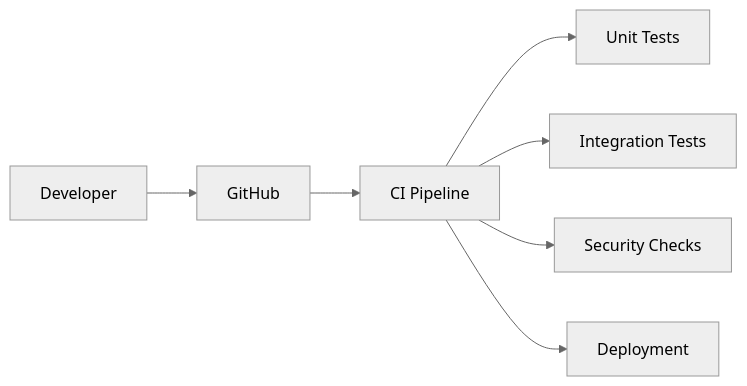
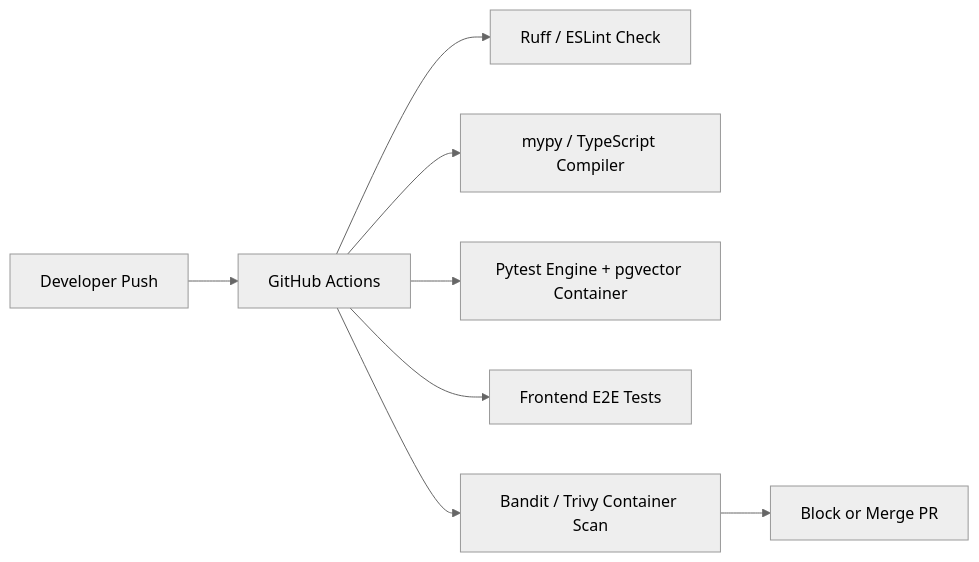
The second of 2 diagrams in docs/12_Testing_Strategy.md (injifannoo/service-intelligence-platform), drawn with Mermaid (neutral theme) before and after one commit. The commit also changed other lines of this file and 76 other files, not shown here.

````diff
--- a/docs/12_Testing_Strategy.md
+++ b/docs/12_Testing_Strategy.md
@@ -572,25 +376,11 @@
 ```mermaid
 flowchart LR
-
-
-Developer[Developer]
-
-
-Developer --> GitHub[GitHub]
-
-
-GitHub --> CI[CI Pipeline]
-
-
-CI --> Unit[Unit Tests]
-
-
-CI --> Integration[Integration Tests]
-
-
-CI --> Security[Security Checks]
-
-
-CI --> Deploy[Deployment]
+    Dev[Developer Push] --> GitHub[GitHub Actions]
+    GitHub --> Lint[Ruff / ESLint Check]
+    GitHub --> TypeCheck[mypy / TypeScript Compiler]
+    GitHub --> Pytest[Pytest Engine + pgvector Container]
+    GitHub --> Playwright[Frontend E2E Tests]
+    GitHub --> Security[Bandit / Trivy Container Scan]
+    Security --> Merge[Block or Merge PR]
 
 ```
````
